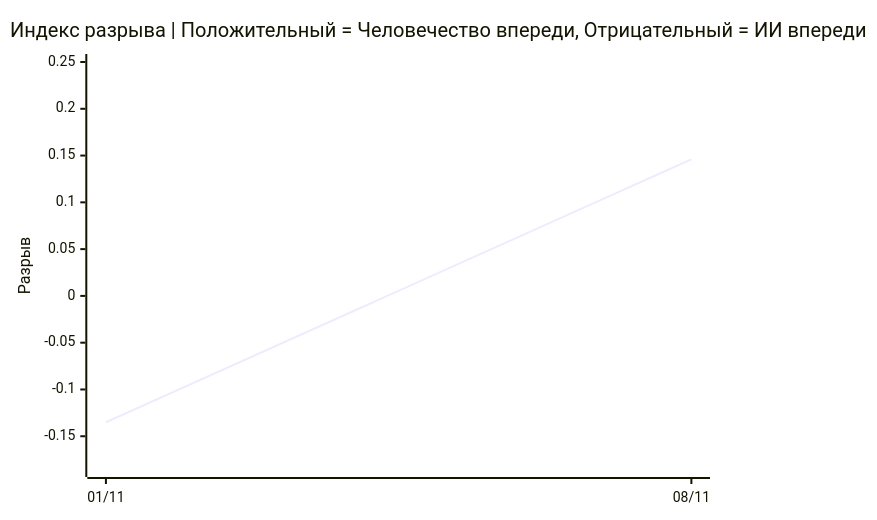
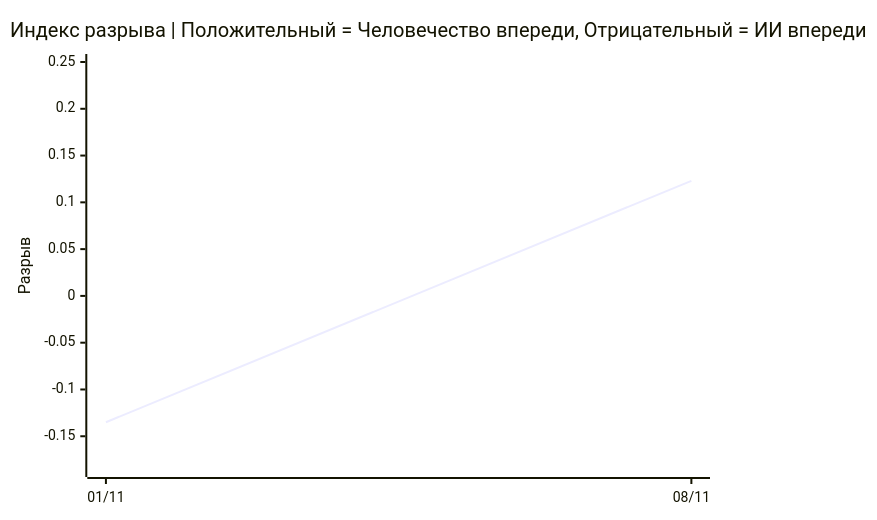
One commit to VQQLK/Human-AI-Monitor changed the second of 3 diagrams in README.ru.md. Above: the diagram before and after it, drawn with Mermaid. The commit also changed other lines of this file and 7 other files, not shown here.

````diff
--- a/README.ru.md
+++ b/README.ru.md
@@ -44,7 +44,7 @@
 ```mermaid
 xychart-beta
     title "Индекс разрыва | Положительный = Человечество впереди, Отрицательный = ИИ впереди"
     x-axis ["01/11", "08/11"]
     y-axis "Разрыв" -0.185 --> 0.250
-    line [-0.135, 0.146]
+    line [-0.135, 0.123]
 ```
````
